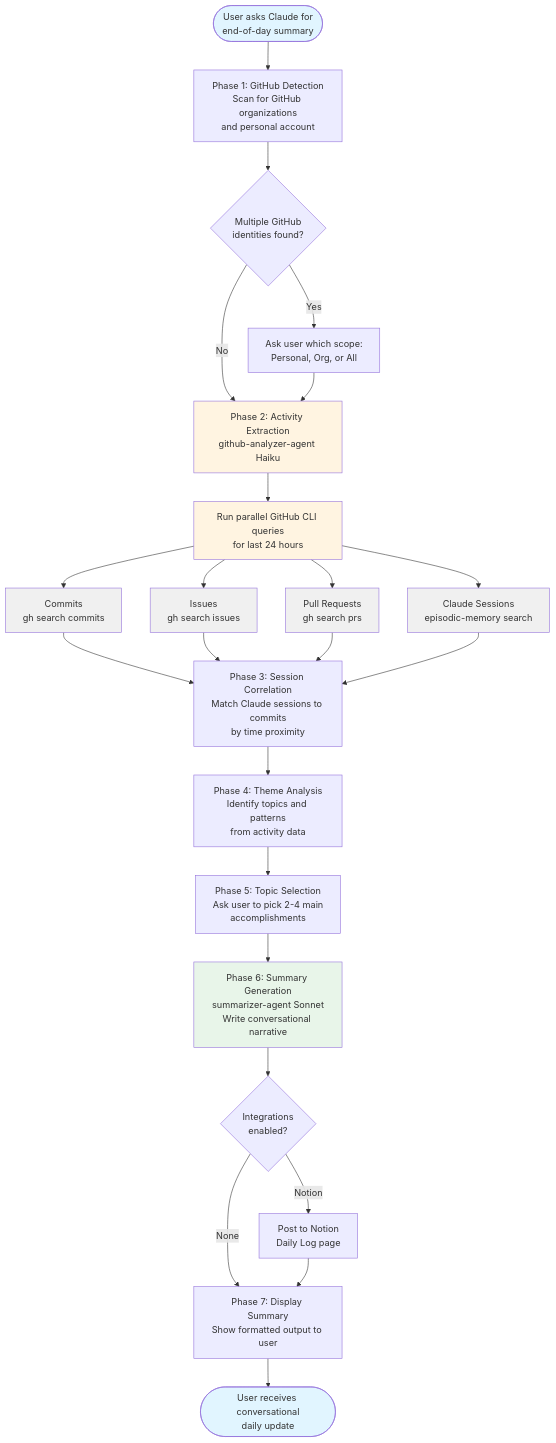
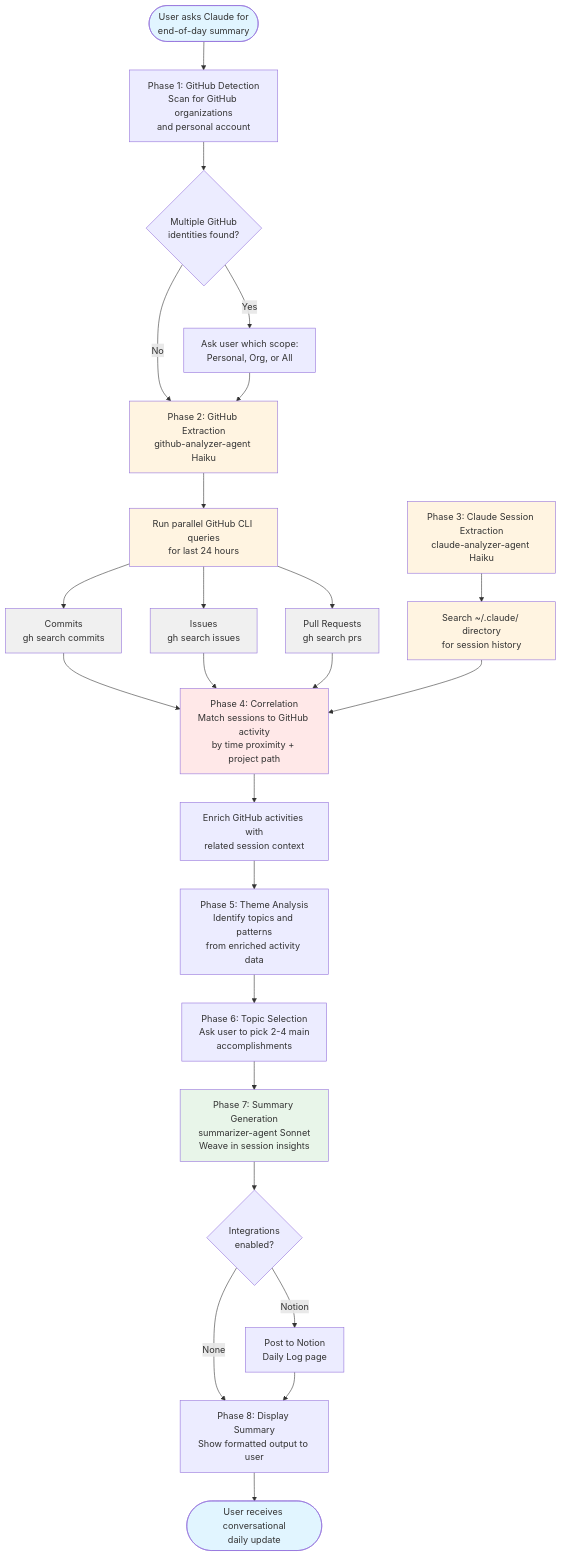
One commit to dreamiurg/shipmate changed the diagram in README.md. Above: the diagram before and after it, drawn with Mermaid. The commit also changed other lines of this file, not shown here.

Commit message:
docs: fix How It Works diagram to accurately reflect session correlation
- Separate GitHub extraction (Phase 2) and Claude session extraction (Phase 3)
- Show sessions are extracted from ~/.claude/ directory, not episodic-memory
- Add explicit correlation phase (Phase 4) that matches by time proximity + project path
- Add enrichment step showing GitHub activities are enhanced with session context
- Update key features to clarify smart correlation algorithm
- Correct phase numbering (now 8 phases instead of 7)

The diagram now accurately reflects the actual implementation where:
1. GitHub activity and Claude sessions are extracted independently
2. Sessions are correlated with GitHub activities by time (±2 hours) and project path
3. GitHub activities are enriched with related session metadata
4. Enriched data flows to summarizer for narrative generation

🤖 Generated with [Claude Code](https://claude.com/claude-code)

````diff
--- a/README.md
+++ b/README.md
@@ -71,51 +71,56 @@
 ```mermaid
 graph TB
     Start([User asks Claude for<br/>end-of-day summary]) --> Detect[Phase 1: GitHub Detection<br/>Scan for GitHub organizations<br/>and personal account]
 
     Detect --> Scope{Multiple GitHub<br/>identities found?}
     Scope -->|Yes| AskScope[Ask user which scope:<br/>Personal, Org, or All]
-    Scope -->|No| Extract
-    AskScope --> Extract
+    Scope -->|No| ExtractGH
+    AskScope --> ExtractGH
 
-    Extract[Phase 2: Activity Extraction<br/>github-analyzer-agent Haiku]
+    ExtractGH[Phase 2: GitHub Extraction<br/>github-analyzer-agent Haiku]
+    ExtractClaude[Phase 3: Claude Session Extraction<br/>claude-analyzer-agent Haiku]
 
-    Extract --> Parallel[Run parallel GitHub CLI queries<br/>for last 24 hours]
+    ExtractGH --> ParallelGH[Run parallel GitHub CLI queries<br/>for last 24 hours]
+    ExtractClaude --> SearchSessions[Search ~/.claude/ directory<br/>for session history]
 
-    Parallel --> Commits[Commits<br/>gh search commits]
-    Parallel --> Issues[Issues<br/>gh search issues]
-    Parallel --> PRs[Pull Requests<br/>gh search prs]
-    Parallel --> Sessions[Claude Sessions<br/>episodic-memory search]
+    ParallelGH --> Commits[Commits<br/>gh search commits]
+    ParallelGH --> Issues[Issues<br/>gh search issues]
+    ParallelGH --> PRs[Pull Requests<br/>gh search prs]
 
     Commits --> Correlate
     Issues --> Correlate
     PRs --> Correlate
-    Sessions --> Correlate
+    SearchSessions --> Correlate
 
-    Correlate[Phase 3: Session Correlation<br/>Match Claude sessions to commits<br/>by time proximity]
+    Correlate[Phase 4: Correlation<br/>Match sessions to GitHub activity<br/>by time proximity + project path]
 
-    Correlate --> Analyze[Phase 4: Theme Analysis<br/>Identify topics and patterns<br/>from activity data]
+    Correlate --> Enrich[Enrich GitHub activities with<br/>related session context]
 
-    Analyze --> Select[Phase 5: Topic Selection<br/>Ask user to pick 2-4 main<br/>accomplishments]
+    Enrich --> Analyze[Phase 5: Theme Analysis<br/>Identify topics and patterns<br/>from enriched activity data]
 
-    Select --> Summarize[Phase 6: Summary Generation<br/>summarizer-agent Sonnet<br/>Write conversational narrative]
+    Analyze --> Select[Phase 6: Topic Selection<br/>Ask user to pick 2-4 main<br/>accomplishments]
+
+    Select --> Summarize[Phase 7: Summary Generation<br/>summarizer-agent Sonnet<br/>Weave in session insights]
 
     Summarize --> Integrate{Integrations<br/>enabled?}
 
     Integrate -->|Notion| Notion[Post to Notion<br/>Daily Log page]
     Integrate -->|None| Display
     Notion --> Display
 
-    Display[Phase 7: Display Summary<br/>Show formatted output to user]
+    Display[Phase 8: Display Summary<br/>Show formatted output to user]
 
     Display --> End([User receives conversational<br/>daily update])
 
     style Start fill:#e1f5ff
     style End fill:#e1f5ff
-    style Extract fill:#fff4e1
-    style Parallel fill:#fff4e1
+    style ExtractGH fill:#fff4e1
+    style ExtractClaude fill:#fff4e1
+    style ParallelGH fill:#fff4e1
+    style SearchSessions fill:#fff4e1
     style Commits fill:#f0f0f0
     style Issues fill:#f0f0f0
     style PRs fill:#f0f0f0
-    style Sessions fill:#f0f0f0
+    style Correlate fill:#ffe8e8
     style Summarize fill:#e8f5e9
 ```
````
